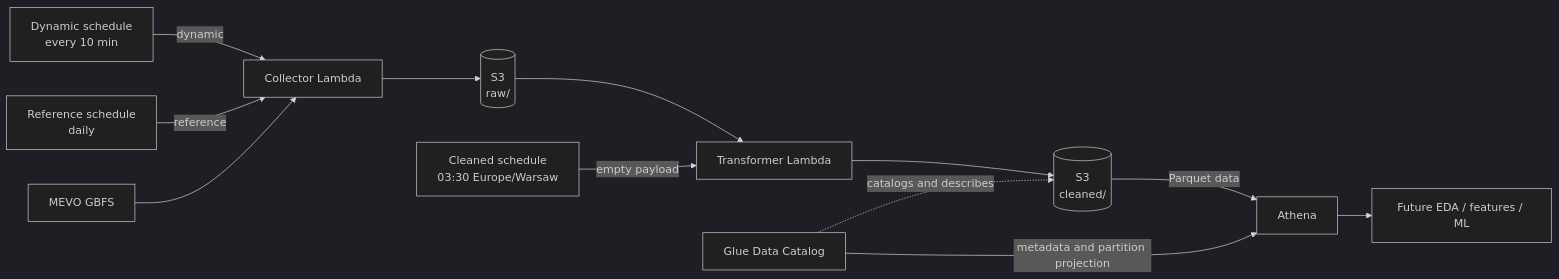
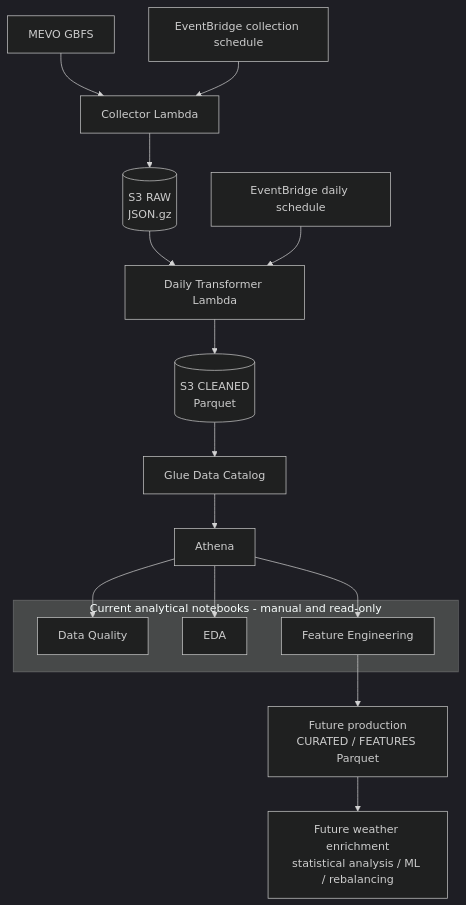
Before and after one commit to s194586/mevo-urban-mobility-analytics: the diagram in docs/architecture.md, drawn with Mermaid (dark theme). The commit also changed other lines of this file and 1 other file, not shown here.

````diff
--- a/docs/architecture.md
+++ b/docs/architecture.md
@@ -7,26 +13,35 @@
 ```mermaid
-flowchart LR
+flowchart TB
     GBFS[MEVO GBFS]
-    DYNAMIC[Dynamic schedule<br/>every 10 min]
-    REFERENCE[Reference schedule<br/>daily]
+    COLLECT_SCHEDULE[EventBridge collection schedule]
+    TRANSFORM_SCHEDULE[EventBridge daily schedule]
     COLLECTOR[Collector Lambda]
-    RAW[(S3<br/>raw/)]
-    DAILY[Cleaned schedule<br/>03:30 Europe/Warsaw]
-    TRANSFORMER[Transformer Lambda]
-    CLEANED[(S3<br/>cleaned/)]
+    RAW[(S3 RAW<br/>JSON.gz)]
+    TRANSFORMER[Daily Transformer Lambda]
+    CLEANED[(S3 CLEANED<br/>Parquet)]
     GLUE[Glue Data Catalog]
     ATHENA[Athena]
-    FUTURE[Future EDA / features / ML]
 
-    DYNAMIC -->|dynamic| COLLECTOR
-    REFERENCE -->|reference| COLLECTOR
+    subgraph ANALYTICAL[Current analytical notebooks - manual and read-only]
+        DQ[Data Quality]
+        EDA[EDA]
+        FE[Feature Engineering]
+    end
+
+    FEATURES[Future production<br/>CURATED / FEATURES Parquet]
+    FUTURE[Future weather enrichment<br/>statistical analysis / ML / rebalancing]
+
     GBFS --> COLLECTOR
+    COLLECT_SCHEDULE --> COLLECTOR
     COLLECTOR --> RAW
-    DAILY -->|empty payload| TRANSFORMER
     RAW --> TRANSFORMER
+    TRANSFORM_SCHEDULE --> TRANSFORMER
     TRANSFORMER --> CLEANED
-    GLUE -. catalogs and describes .-> CLEANED
-    GLUE -->|metadata and partition projection| ATHENA
-    CLEANED -->|Parquet data| ATHENA
-    ATHENA --> FUTURE
+    CLEANED --> GLUE
+    GLUE --> ATHENA
+    ATHENA --> DQ
+    ATHENA --> EDA
+    ATHENA --> FE
+    FE --> FEATURES
+    FEATURES --> FUTURE
 ```
````
